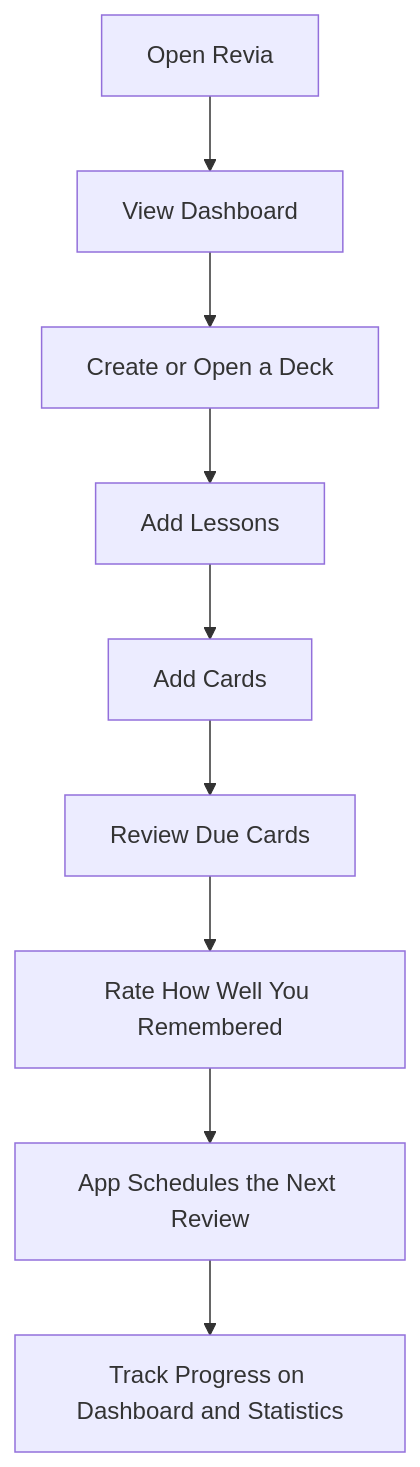
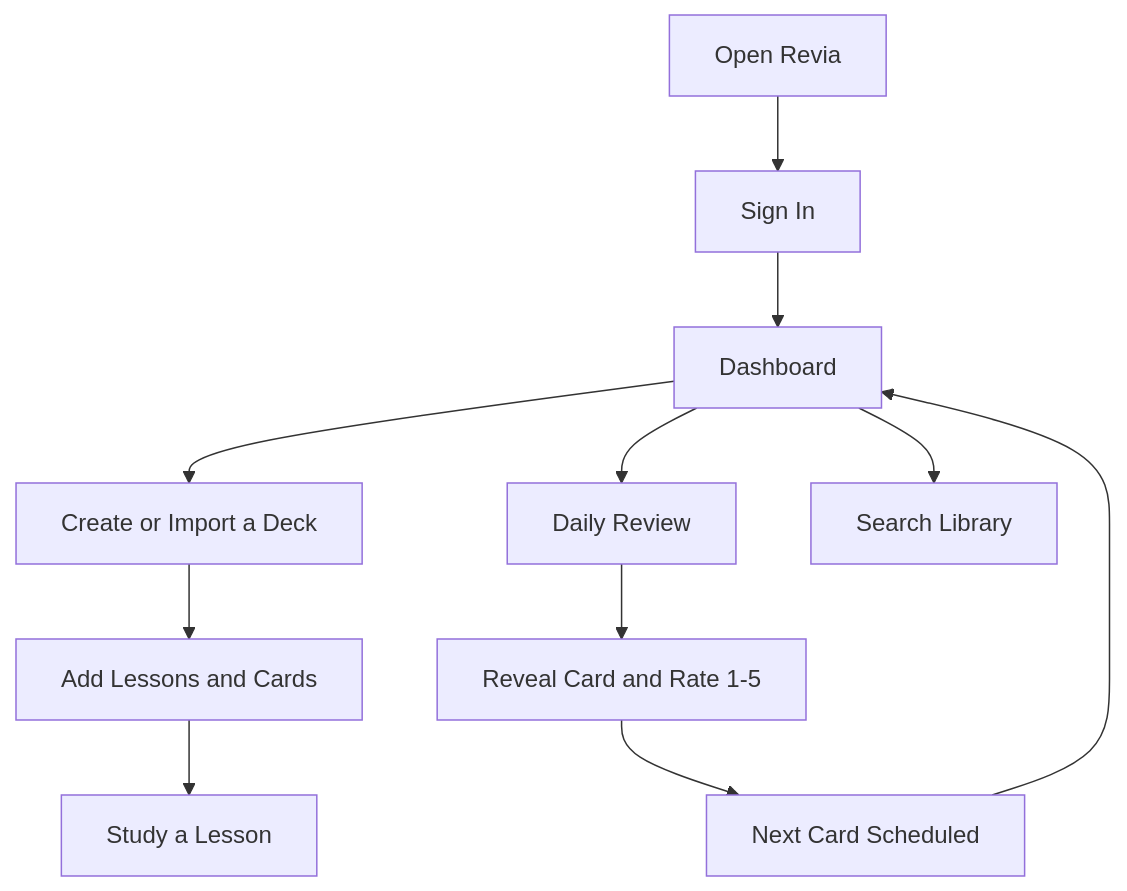
The first of 2 diagrams in revia/docs/application/layman-guide.md (pvnpll/revia), drawn with Mermaid before and after one commit. The commit also changed other lines of this file and 9 other files, not shown here.

````diff
--- a/revia/docs/application/layman-guide.md
+++ b/revia/docs/application/layman-guide.md
@@ -65,11 +53,13 @@
 ```mermaid
 flowchart TD
-  A[Open Revia] --> B[View Dashboard]
-  B --> C[Create or Open a Deck]
-  C --> D[Add Lessons]
-  D --> E[Add Cards]
-  E --> F[Review Due Cards]
-  F --> G[Rate How Well You Remembered]
-  G --> H[App Schedules the Next Review]
-  H --> I[Track Progress on Dashboard and Statistics]
+  A[Open Revia] --> B[Sign In]
+  B --> C[Dashboard]
+  C --> D[Create or Import a Deck]
+  D --> E[Add Lessons and Cards]
+  E --> F[Study a Lesson]
+  C --> G[Daily Review]
+  G --> H[Reveal Card and Rate 1-5]
+  H --> I[Next Card Scheduled]
+  I --> C
+  C --> J[Search Library]
 ```
````
